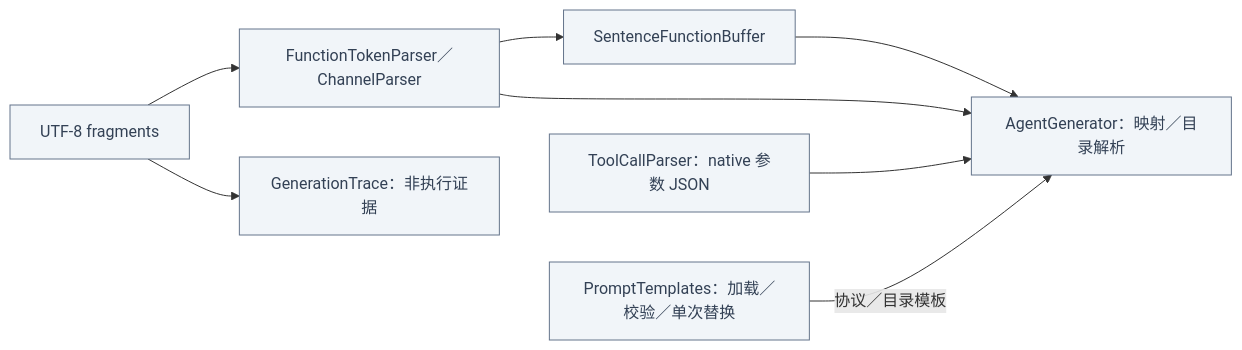
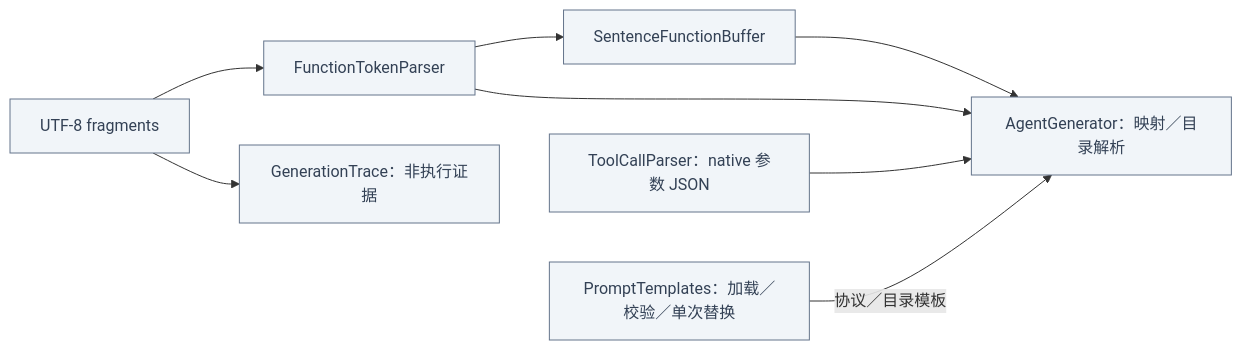
One commit to devilyouwei/MobileHarness changed the second of 3 diagrams in MobileHarness/Agents/Support/Core/Generation/README.md. Above: the diagram before and after it, drawn with Mermaid. The commit also changed other lines of this file and 75 other files, not shown here.

````diff
--- a/MobileHarness/Agents/Support/Core/Generation/README.md
+++ b/MobileHarness/Agents/Support/Core/Generation/README.md
@@ -42,23 +41,23 @@
 ```mermaid
 flowchart LR
  S["UTF-8 fragments"]:::host
- P["FunctionTokenParser／ChannelParser"]:::host
+ P["FunctionTokenParser"]:::host
  B["SentenceFunctionBuffer"]:::host
  R["AgentGenerator：映射／目录解析"]:::host
  N["ToolCallParser：native 参数 JSON"]:::host
  T["PromptTemplates：加载／校验／单次替换"]:::host
  TR["GenerationTrace：非执行证据"]:::host
  S --> P --> B --> R
  P --> R
  N --> R
  S --> TR
  T -->|"协议／目录模板"| R
  classDef ui fill:#e0f2fe,stroke:#0284c7,color:#0c4a6e
  classDef platform fill:#dcfce7,stroke:#16a34a,color:#14532d
  classDef model fill:#f3e8ff,stroke:#9333ea,color:#581c87
  classDef storage fill:#fef3c7,stroke:#d97706,color:#78350f
  classDef agent fill:#eef2ff,stroke:#6366f1,color:#312e81
  classDef gateway fill:#ffedd5,stroke:#ea580c,color:#7c2d12
  classDef action fill:#ffe4e6,stroke:#e11d48,color:#881337
  classDef host fill:#f1f5f9,stroke:#64748b,color:#334155
 ```
````
